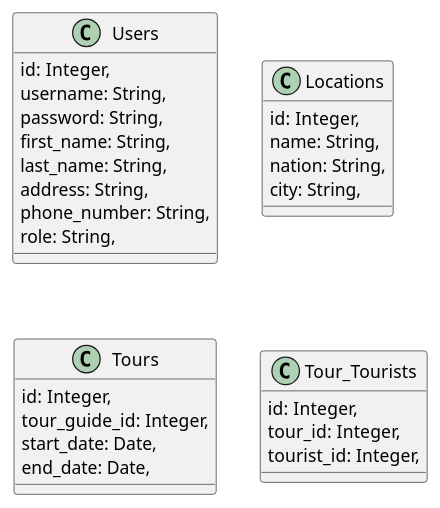
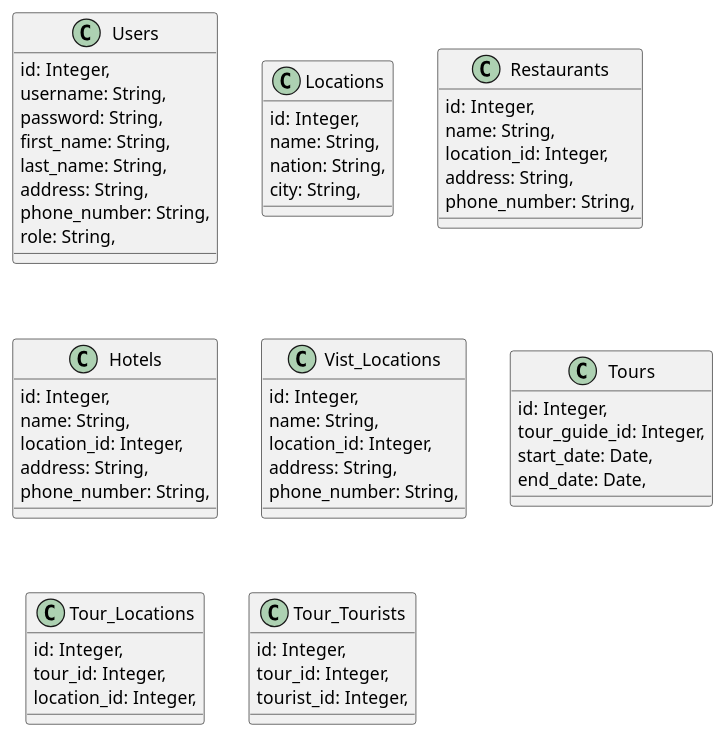
Before and after one commit to Khoitran0205/SE357-Pratice-class: the diagram in lab1.2/class_diagram.plantuml, drawn with PlantUML. The commit also changed 1 other file, not shown here.

```diff
--- a/lab1.2/class_diagram.plantuml
+++ b/lab1.2/class_diagram.plantuml
@@ -1,34 +1,64 @@
 @startuml Lab1.2_class_diagram
 
 class Users {
     id: Integer,
     username: String,
     password: String,
     first_name: String,
     last_name: String,
     address: String,
     phone_number: String,
     role: String,
 }
 
 class Locations {
     id: Integer,
     name: String,
     nation: String,
     city: String,
 }
 
+class Restaurants {
+    id: Integer,
+    name: String,
+    location_id: Integer,
+    address: String,
+    phone_number: String,
+}
+
+class Hotels {
+    id: Integer,
+    name: String,
+    location_id: Integer,
+    address: String,
+    phone_number: String,
+}
+
+class Vist_Locations {
+    id: Integer,
+    name: String,
+    location_id: Integer,
+    address: String,
+    phone_number: String,
+}
+
 class Tours {
     id: Integer,
     tour_guide_id: Integer,
     start_date: Date,
     end_date: Date,
+}
+
+class Tour_Locations {
+    id: Integer,
+    tour_id: Integer,
+    location_id: Integer,
 }
 
 class Tour_Tourists {
     id: Integer,
     tour_id: Integer,
     tourist_id: Integer,
 }
 
 @enduml
```
